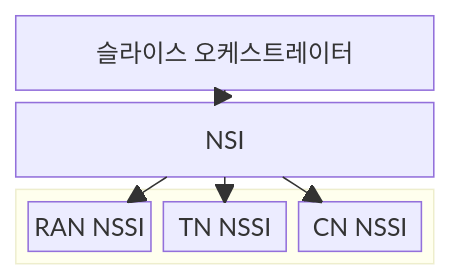
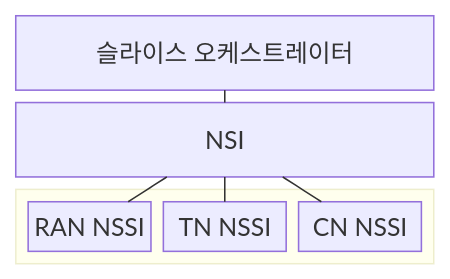
One commit to agnusdei1207/knowledge-base changed the first of 2 diagrams in src/content/docs/notes/04-network/076_network_slice_resource_management.md. Above: the diagram before and after it, drawn with Mermaid. The commit also changed other lines of this file and 493 other files, not shown here.

````diff
--- a/src/content/docs/notes/04-network/076_network_slice_resource_management.md
+++ b/src/content/docs/notes/04-network/076_network_slice_resource_management.md
@@ -63,16 +63,16 @@
 ```mermaid
 block-beta
     columns 1
     ORCH["슬라이스 오케스트레이터"]
     NSI["NSI"]
     block:DOMAINS
         columns 3
         RAN["RAN NSSI"]
         TN["TN NSSI"]
         CN["CN NSSI"]
     end
-    ORCH --> NSI
-    NSI --> RAN
-    NSI --> TN
-    NSI --> CN
+    ORCH --- NSI
+    NSI --- RAN
+    NSI --- TN
+    NSI --- CN
 ```
````
